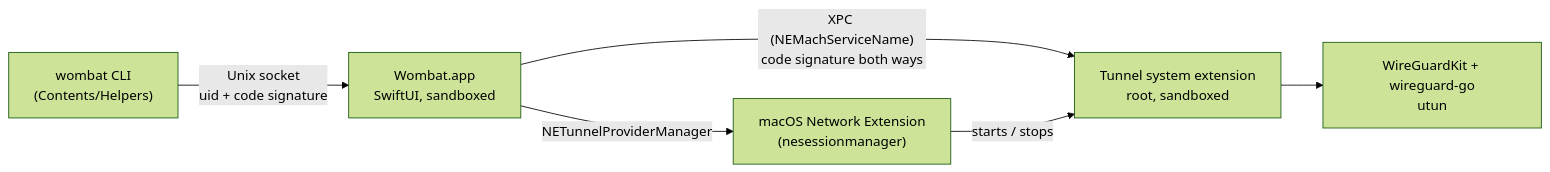
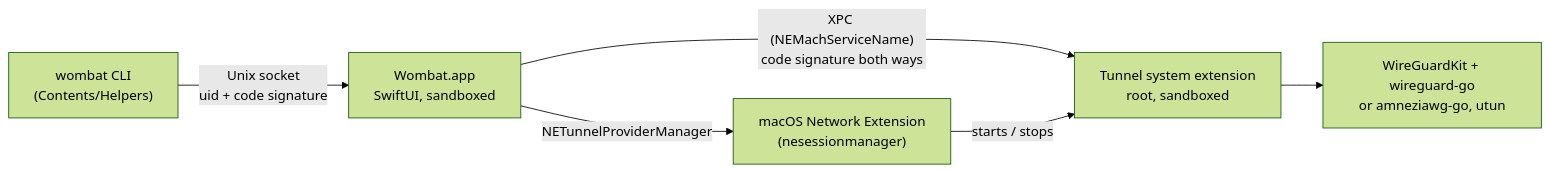
The diagram in docs/ARCHITECTURE.md (ventz/wombat-vpn), drawn with Mermaid (forest theme) before and after one commit. The commit also changed other lines of this file and 147 other files, not shown here.

````diff
--- a/docs/ARCHITECTURE.md
+++ b/docs/ARCHITECTURE.md
@@ -17,8 +17,8 @@
 ```mermaid
 flowchart LR
     CLI["wombat CLI<br/>(Contents/Helpers)"] -- "Unix socket<br/>uid + code signature" --> App
     App["Wombat.app<br/>SwiftUI, sandboxed"] -- "XPC (NEMachServiceName)<br/>code signature both ways" --> Ext
     App -- "NETunnelProviderManager" --> NE["macOS Network Extension<br/>(nesessionmanager)"]
     NE -- "starts / stops" --> Ext["Tunnel system extension<br/>root, sandboxed"]
-    Ext --> Engine["WireGuardKit + wireguard-go<br/>utun"]
+    Ext --> Engine["WireGuardKit + wireguard-go<br/>or amneziawg-go, utun"]
 ```
````
